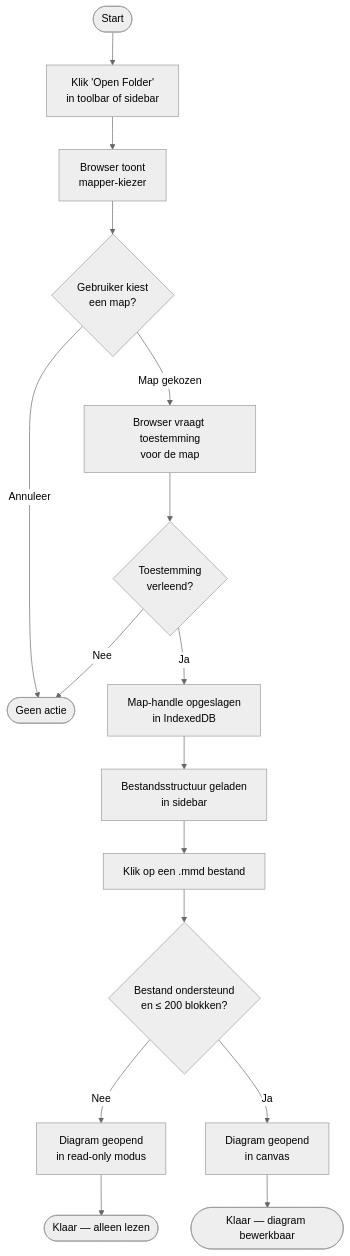
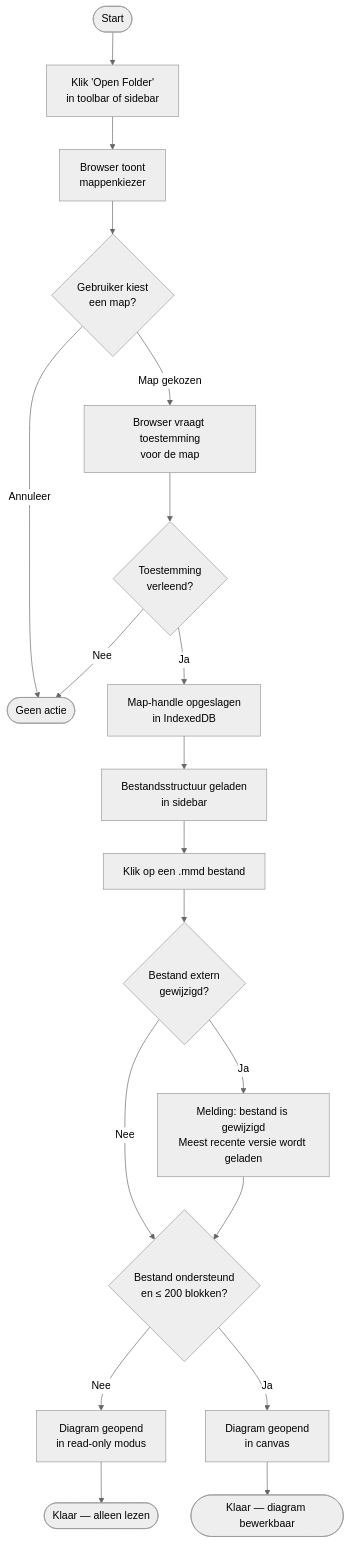
The seventh of 14 diagrams in USERFLOWS.md (GRJX/mmd-flowchart), drawn with Mermaid (neutral theme) before and after one commit. The commit also changed other lines of this file and 1 other file, not shown here.

Commit message:
refactor: update flowchart syntax for clarity and consistency; enhance user flow descriptions

````diff
--- a/USERFLOWS.md
+++ b/USERFLOWS.md
@@ -138,18 +135,21 @@
 ```mermaid
 flowchart TD
-    A([Start]) --> B[Klik 'Open Folder'\nin toolbar of sidebar]
-    B --> C[Browser toont\nmapper-kiezer]
-    C --> D{Gebruiker kiest\neen map?}
+    A([Start]) --> B["Klik 'Open Folder'<br>in toolbar of sidebar"]
+    B --> C["Browser toont<br>mappenkiezer"]
+    C --> D{"Gebruiker kiest<br>een map?"}
     D -- Annuleer --> E([Geen actie])
-    D -- Map gekozen --> F[Browser vraagt toestemming\nvoor de map]
-    F --> G{Toestemming\nverleend?}
+    D -- "Map gekozen" --> F["Browser vraagt toestemming<br>voor de map"]
+    F --> G{"Toestemming<br>verleend?"}
     G -- Nee --> E
-    G -- Ja --> H[Map-handle opgeslagen\nin IndexedDB]
-    H --> I[Bestandsstructuur geladen\nin sidebar]
+    G -- Ja --> H["Map-handle opgeslagen<br>in IndexedDB"]
+    H --> I["Bestandsstructuur geladen<br>in sidebar"]
     I --> J[Klik op een .mmd bestand]
-    J --> K{Bestand ondersteund\nen ≤ 200 blokken?}
-    K -- Nee --> L[Diagram geopend\nin read-only modus]
-    K -- Ja --> M[Diagram geopend\nin canvas]
-    M --> N([Klaar — diagram bewerkbaar])
-    L --> O([Klaar — alleen lezen])
+    J --> K{"Bestand extern<br>gewijzigd?"}
+    K -- Ja --> L["Melding: bestand is gewijzigd<br>Meest recente versie wordt geladen"]
+    K -- Nee --> M{"Bestand ondersteund<br>en ≤ 200 blokken?"}
+    L --> M
+    M -- Nee --> N["Diagram geopend<br>in read-only modus"]
+    M -- Ja --> O["Diagram geopend<br>in canvas"]
+    O --> P([Klaar — diagram bewerkbaar])
+    N --> Q([Klaar — alleen lezen])
 ```
````
